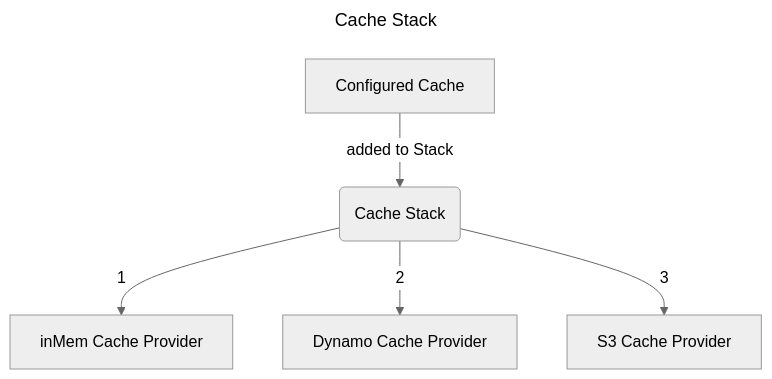
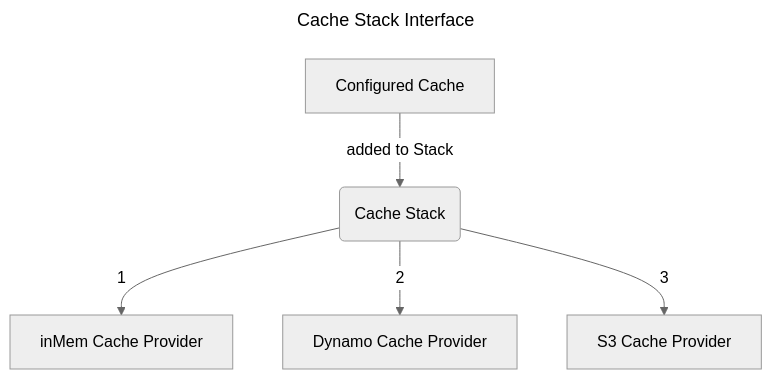
The second of 2 diagrams in lib/clients/cacheProviders/readme.md (ericdmoore/feeds.city), drawn with Mermaid (neutral theme) before and after one commit. The commit also changed other lines of this file, not shown here.

Commit message:
updated chart

````diff
--- a/lib/clients/cacheProviders/readme.md
+++ b/lib/clients/cacheProviders/readme.md
@@ -17,11 +18,11 @@
 ```mermaid
 ---
-title: Cache Stack
+title: Cache Stack Interface
 ---
 
 flowchart TD
     A[Configured Cache] -->|added to Stack| C(Cache Stack)
     C -->|1| D[inMem Cache Provider]
     C -->|2| F[Dynamo Cache Provider]
     C -->|3| E[S3 Cache Provider]
 ```
````
